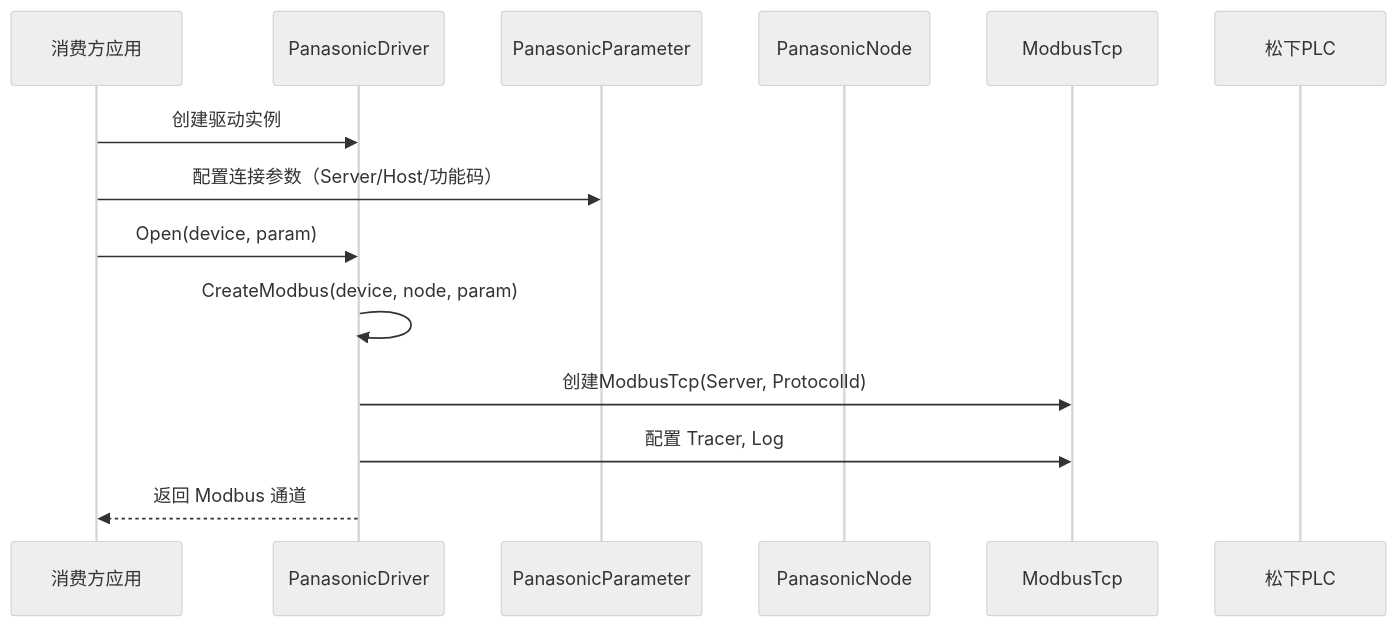
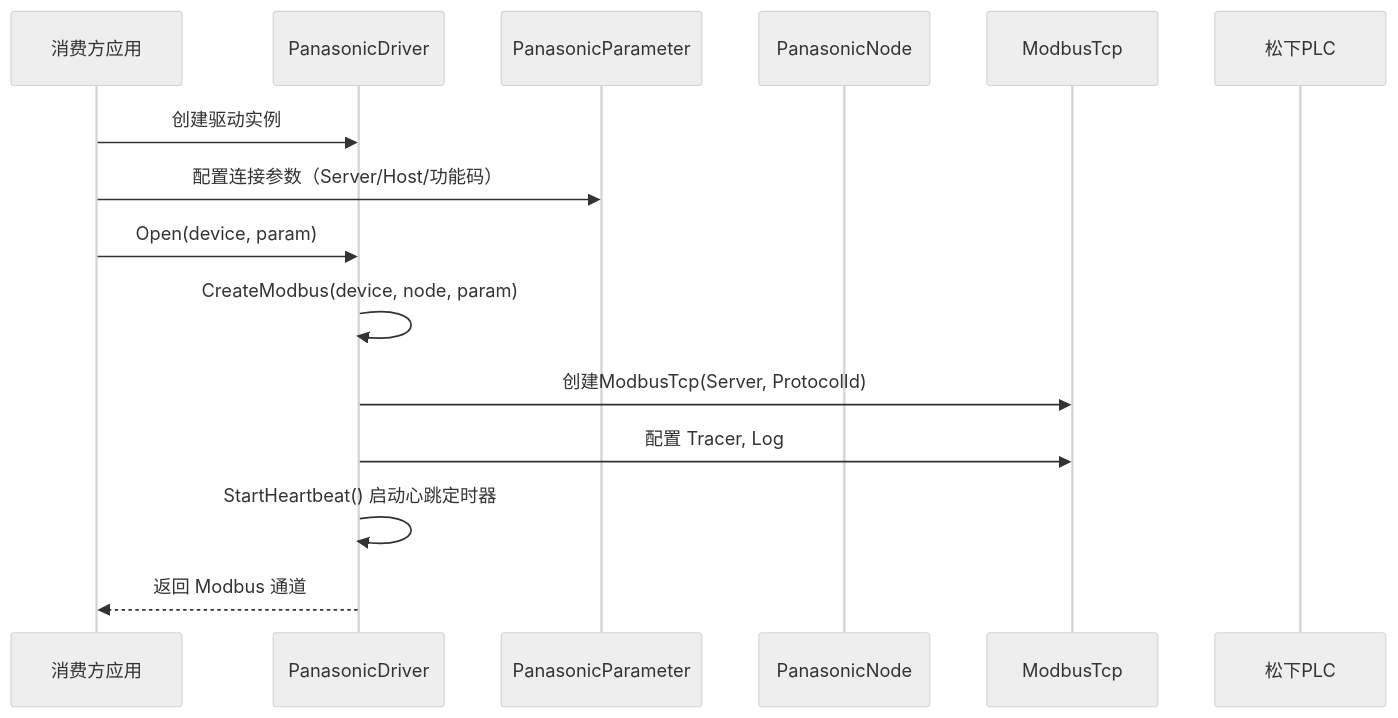
One commit to NewLifeX/NewLife.Panasonic changed the second of 3 diagrams in Doc/架构设计.md. Above: the diagram before and after it, drawn with Mermaid (neutral theme). The commit also changed other lines of this file and 1 other file, not shown here.

````diff
--- a/Doc/架构设计.md
+++ b/Doc/架构设计.md
@@ -73,17 +94,18 @@
 ```mermaid
 sequenceDiagram
     participant App as 消费方应用
     participant Driver as PanasonicDriver
     participant Param as PanasonicParameter
     participant Node as PanasonicNode
     participant Modbus as ModbusTcp
     participant PLC as 松下PLC
 
     App->>Driver: 创建驱动实例
     App->>Param: 配置连接参数（Server/Host/功能码）
     App->>Driver: Open(device, param)
     Driver->>Driver: CreateModbus(device, node, param)
     Driver->>Modbus: 创建ModbusTcp(Server, ProtocolId)
     Driver->>Modbus: 配置 Tracer, Log
+    Driver->>Driver: StartHeartbeat() 启动心跳定时器
     Driver-->>App: 返回 Modbus 通道
 ```
````
